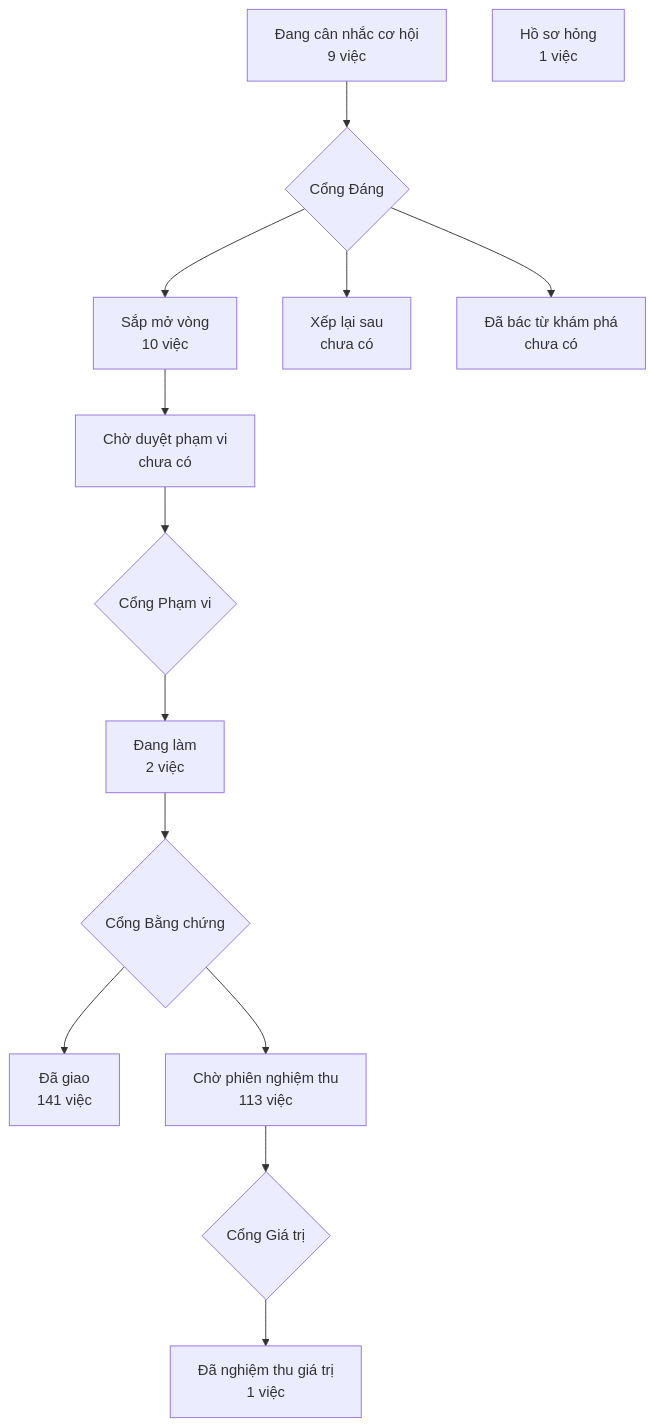
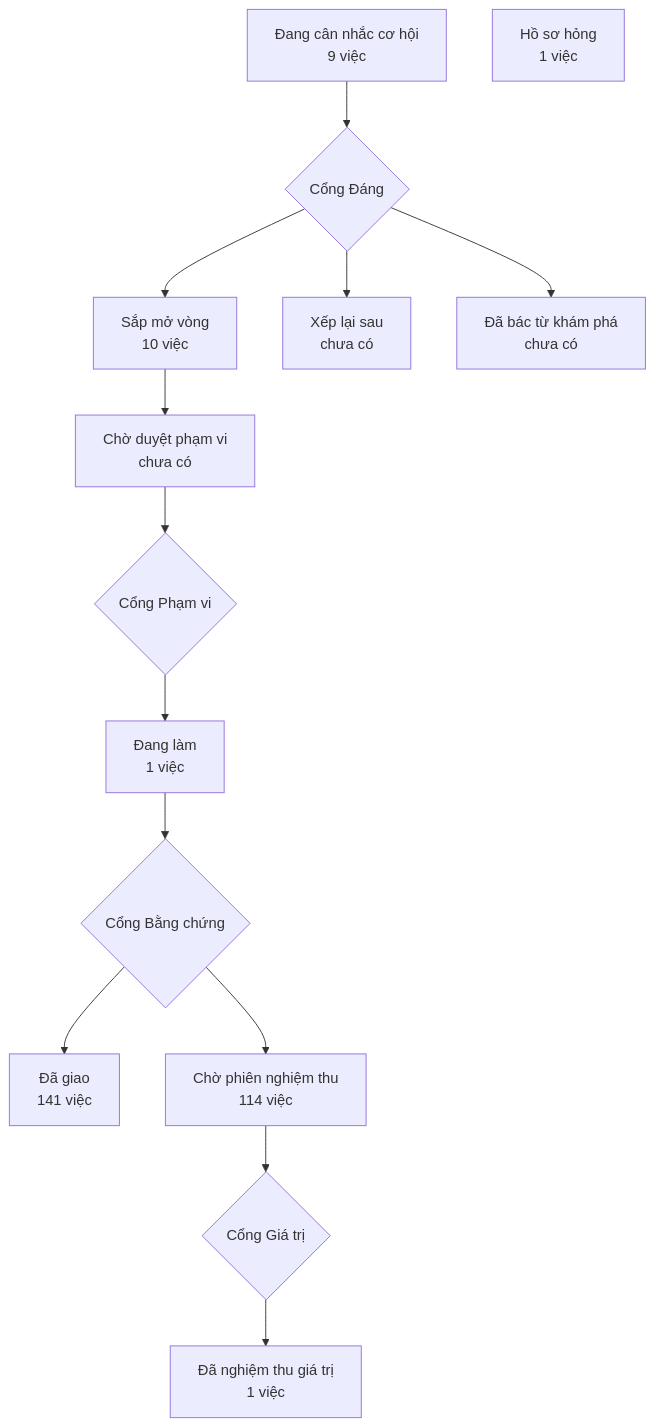
One commit to phanlemanh/crm-onehub changed the diagram in PRODUCT-MAP.md. Above: the diagram before and after it, drawn with Mermaid. The commit also changed 4 other files, not shown here.

````diff
--- a/PRODUCT-MAP.md
+++ b/PRODUCT-MAP.md
@@ -7,13 +7,13 @@
 ```mermaid
 flowchart TD
   A["Đang cân nhắc cơ hội<br/>9 việc"] --> GD{"Cổng Đáng"}
   GD --> B["Sắp mở vòng<br/>10 việc"]
   GD --> XL["Xếp lại sau<br/>chưa có"]
   GD --> DB["Đã bác từ khám phá<br/>chưa có"]
   B --> CD["Chờ duyệt phạm vi<br/>chưa có"] --> GP{"Cổng Phạm vi"}
-  GP --> DL["Đang làm<br/>2 việc"] --> GB{"Cổng Bằng chứng"}
+  GP --> DL["Đang làm<br/>1 việc"] --> GB{"Cổng Bằng chứng"}
   GB --> DG["Đã giao<br/>141 việc"]
-  GB --> CN["Chờ phiên nghiệm thu<br/>113 việc"] --> GG{"Cổng Giá trị"}
+  GB --> CN["Chờ phiên nghiệm thu<br/>114 việc"] --> GG{"Cổng Giá trị"}
   GG --> NT["Đã nghiệm thu giá trị<br/>1 việc"]
   HS["Hồ sơ hỏng<br/>1 việc"]
 ```
````
